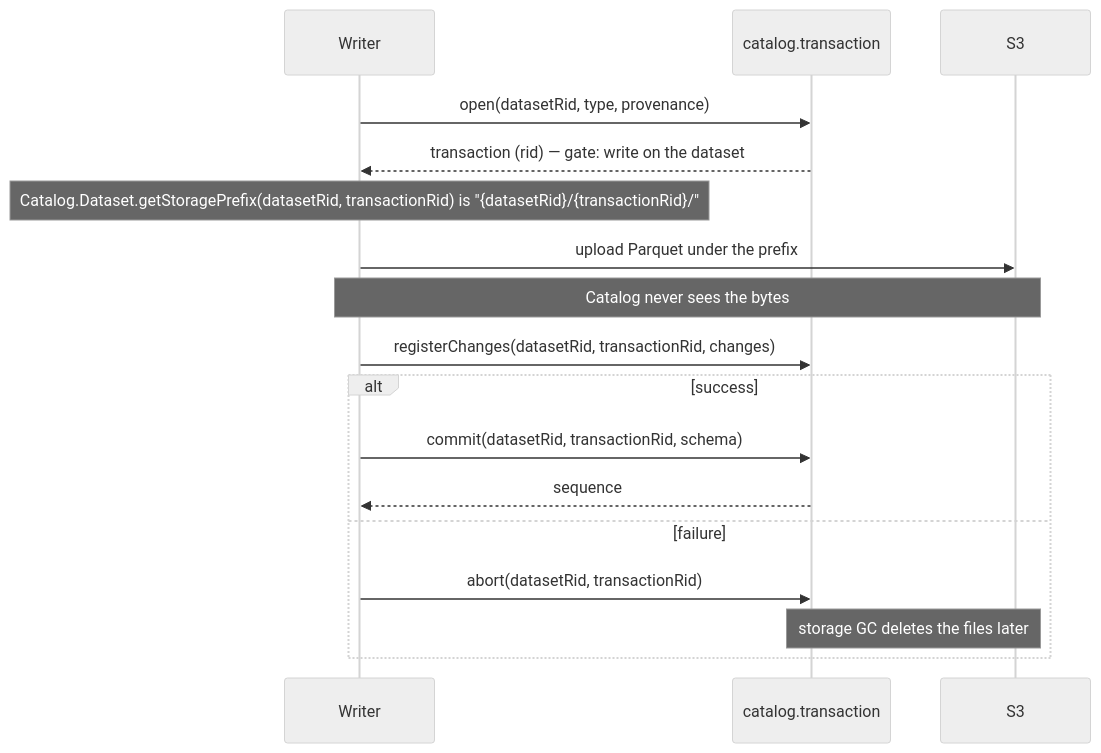
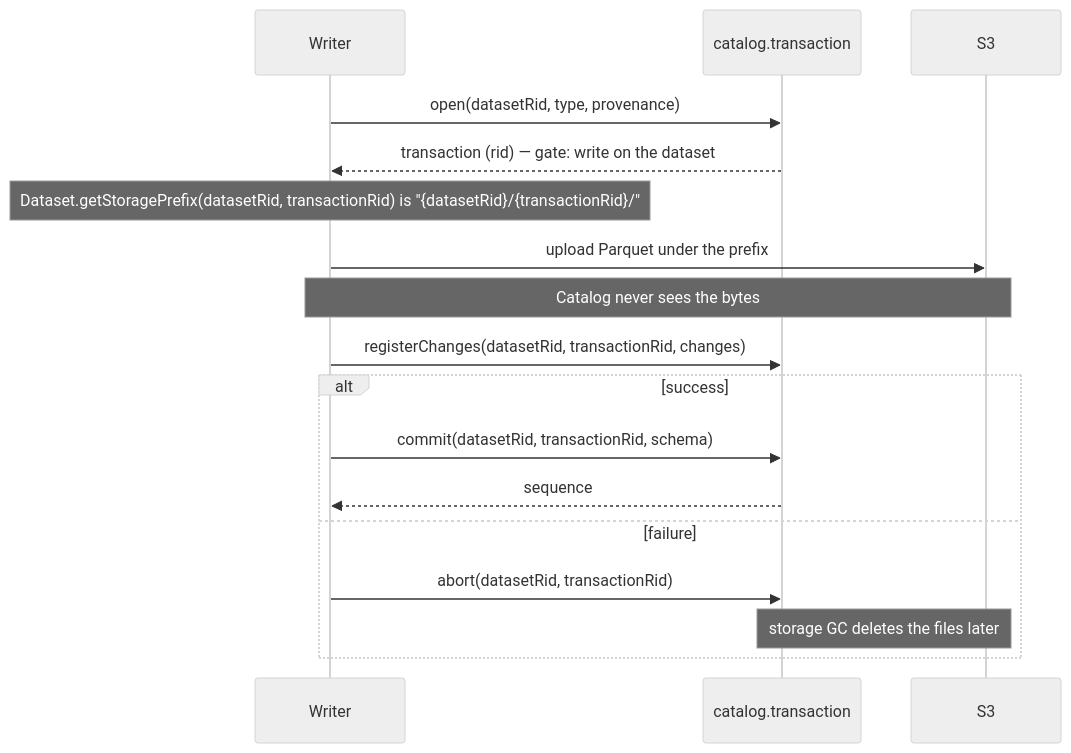
Before and after one commit to RolandTeslaru/Quarry: the second of 2 diagrams in docs/design/catalog.md, drawn with Mermaid (neutral theme). The commit also changed other lines of this file and 54 other files, not shown here.

````diff
--- a/docs/design/catalog.md
+++ b/docs/design/catalog.md
@@ -113,20 +113,20 @@
 ```mermaid
 sequenceDiagram
     participant W as Writer
     participant T as catalog.transaction
     participant S3
 
     W->>T: open(datasetRid, type, provenance)
     T-->>W: transaction (rid) — gate: write on the dataset
-    Note over W: Catalog.Dataset.getStoragePrefix(datasetRid, transactionRid) is "{datasetRid}/{transactionRid}/"
+    Note over W: Dataset.getStoragePrefix(datasetRid, transactionRid) is "{datasetRid}/{transactionRid}/"
     W->>S3: upload Parquet under the prefix
     Note over W,S3: Catalog never sees the bytes
     W->>T: registerChanges(datasetRid, transactionRid, changes)
     alt success
         W->>T: commit(datasetRid, transactionRid, schema)
         T-->>W: sequence
     else failure
         W->>T: abort(datasetRid, transactionRid)
         Note over T,S3: storage GC deletes the files later
     end
 ```
````
